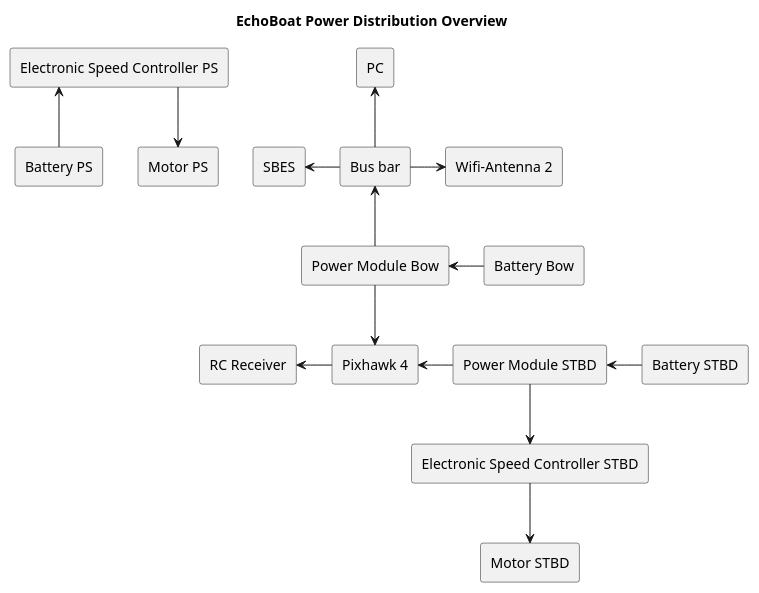
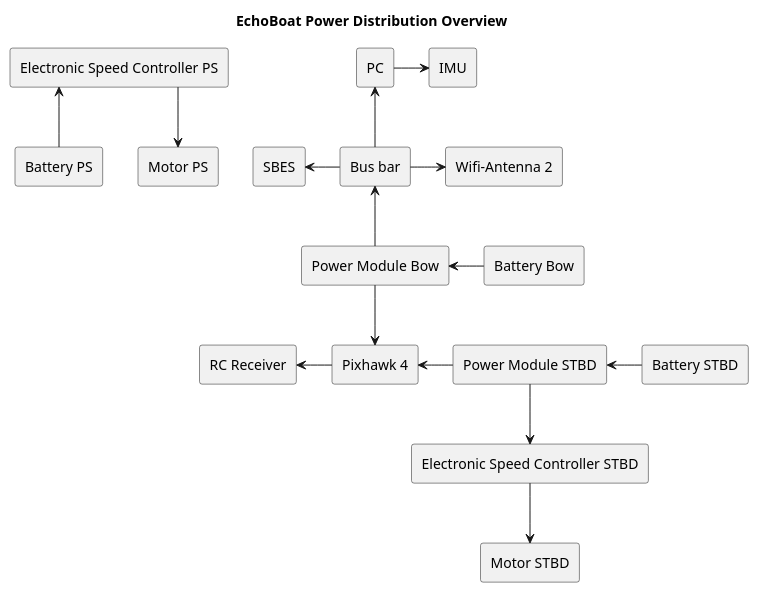
One commit to MalteBiermann/EchoBoat changed the diagram in electrical_plans/overview/overview power.plantuml. Above: the diagram before and after it, drawn with PlantUML. The commit also changed 1 other file, not shown here.

Commit message:
IMU added

```diff
--- a/electrical_plans/overview/overview power.plantuml
+++ b/electrical_plans/overview/overview power.plantuml
@@ -1,57 +1,57 @@
 @startuml
 title "EchoBoat Power Distribution Overview"
 skinparam componentStyle rectangle
 skinparam linetype ortho
 
 component "Pixhawk 4" as PH
 component "PC"
 component "SBES"
-' component "IMU"
+component "IMU"
 ' component "LIDAR"
 ' component "GNSS 2" as GNSS2
 component "Power Module STBD" as PMstbd
 component "Power Module Bow" as PMbow
 component "Bus bar" as Busbar
 
 component "Battery PS"
 component "Battery STBD"
 component "Battery Bow"
 
 together {
 component "Electronic Speed Controller PS" as ESCps
 component "Electronic Speed Controller STBD" as ESCstbd
 }
 
 component "Motor PS"
 component "Motor STBD"
 component "RC Receiver" as RCtrans
 
 component "Wifi-Antenna 2" as Wifi2
 
 PH -l-> RCtrans
 
 [Battery Bow] -l-> PMbow
 
 PMbow -up-> Busbar
 PMbow -down-> PH
 
 Busbar -u-> PC
 Busbar -l-> SBES
 Busbar -r-> Wifi2
 
+PC -> IMU
+
 ' Busbar .> LIDAR
 ' Busbar .> GNSS2
-' Busbar .> IMU
 
 PMstbd -left-> PH
-
 
 [Battery STBD] -left-> PMstbd
 [Battery PS] -up-> ESCps
 [PMstbd] --> ESCstbd
 
 ESCps -down-> [Motor PS]
 ESCstbd -down-> [Motor STBD]
 
 ' hide @unlinked
 @enduml
```
